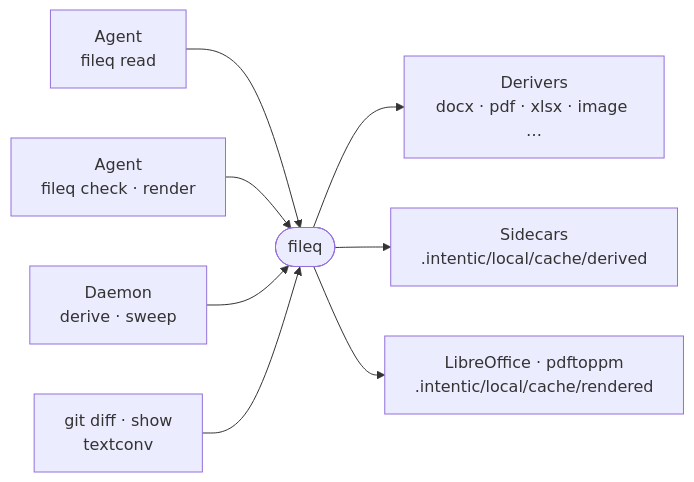
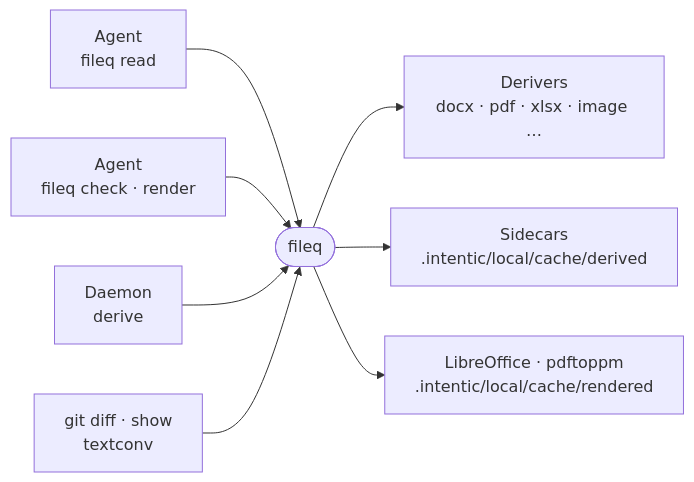
The diagram in _sandbox/fileq/README.md (intentic/intentic), drawn with Mermaid before and after one commit. The commit also changed other lines of this file and 94 other files, not shown here.

First line of the commit message:
feat!: drop sidecars from workspace schema and service

````diff
--- a/_sandbox/fileq/README.md
+++ b/_sandbox/fileq/README.md
@@ -5,10 +5,10 @@
 ```mermaid
 flowchart LR
     agent["Agent<br/>fileq read"] --> fileq(["fileq"])
     maker["Agent<br/>fileq check · render"] --> fileq
-    daemon["Daemon<br/>derive · sweep"] --> fileq
+    daemon["Daemon<br/>derive"] --> fileq
     git["git diff · show<br/>textconv"] --> fileq
     fileq --> derivers["Derivers<br/>docx · pdf · xlsx · image …"]
     fileq --> sidecars["Sidecars<br/>.intentic/local/cache/derived"]
     fileq --> tools["LibreOffice · pdftoppm<br/>.intentic/local/cache/rendered"]
 ```
````
